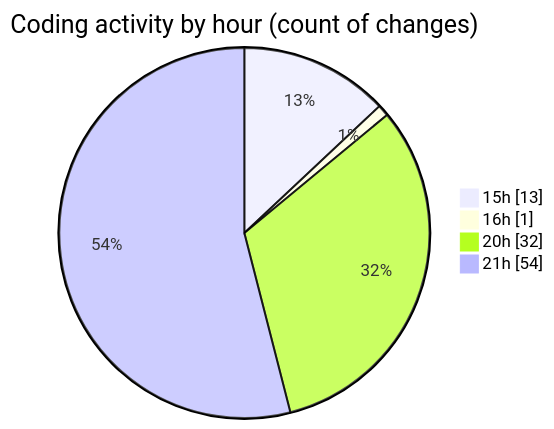
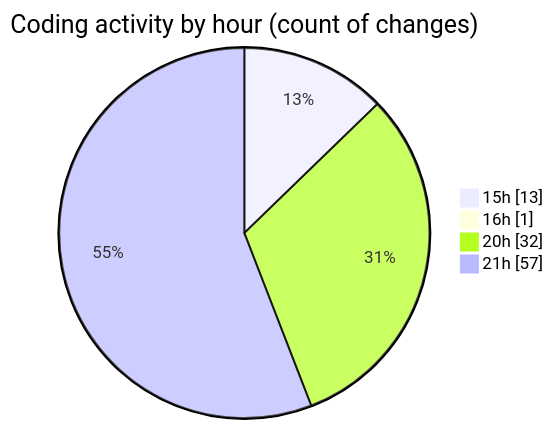
Before and after one commit to EIIisD/code-tracking: the second of 2 diagrams in 2025-07-17/ribbon/README.md, drawn with Mermaid. The commit also changed other lines of this file and 1 other file, not shown here.

````diff
--- a/2025-07-17/ribbon/README.md
+++ b/2025-07-17/ribbon/README.md
@@ -66,8 +68,8 @@
 ```mermaid
 pie showData
 title Coding activity by hour (count of changes)
 "15h" : 13
 "16h" : 1
 "20h" : 32
-"21h" : 54
+"21h" : 57
 ```
````
